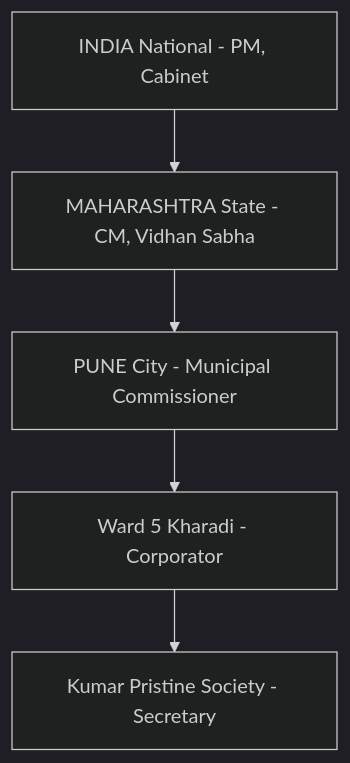
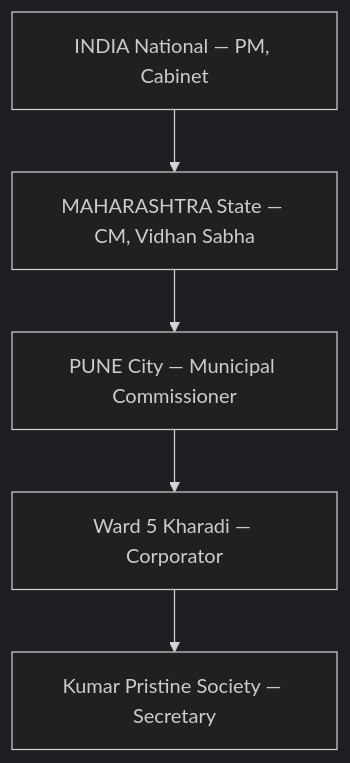
Before and after one commit to harsh147-github/Project_Svyas: the diagram in README.md, drawn with Mermaid (dark theme). The commit also changed other lines of this file and 1 other file, not shown here.

````diff
--- a/README.md
+++ b/README.md
@@ -71,7 +105,7 @@
 ```mermaid
 graph TD;
-    In[INDIA National - PM, Cabinet] --> MH[MAHARASHTRA State - CM, Vidhan Sabha];
-    MH --> PN[PUNE City - Municipal Commissioner];
-    PN --> W5[Ward 5 Kharadi - Corporator];
-    W5 --> KP[Kumar Pristine Society - Secretary];
+    In[INDIA National — PM, Cabinet] --> MH[MAHARASHTRA State — CM, Vidhan Sabha];
+    MH --> PN[PUNE City — Municipal Commissioner];
+    PN --> W5[Ward 5 Kharadi — Corporator];
+    W5 --> KP[Kumar Pristine Society — Secretary];
 ```
````
